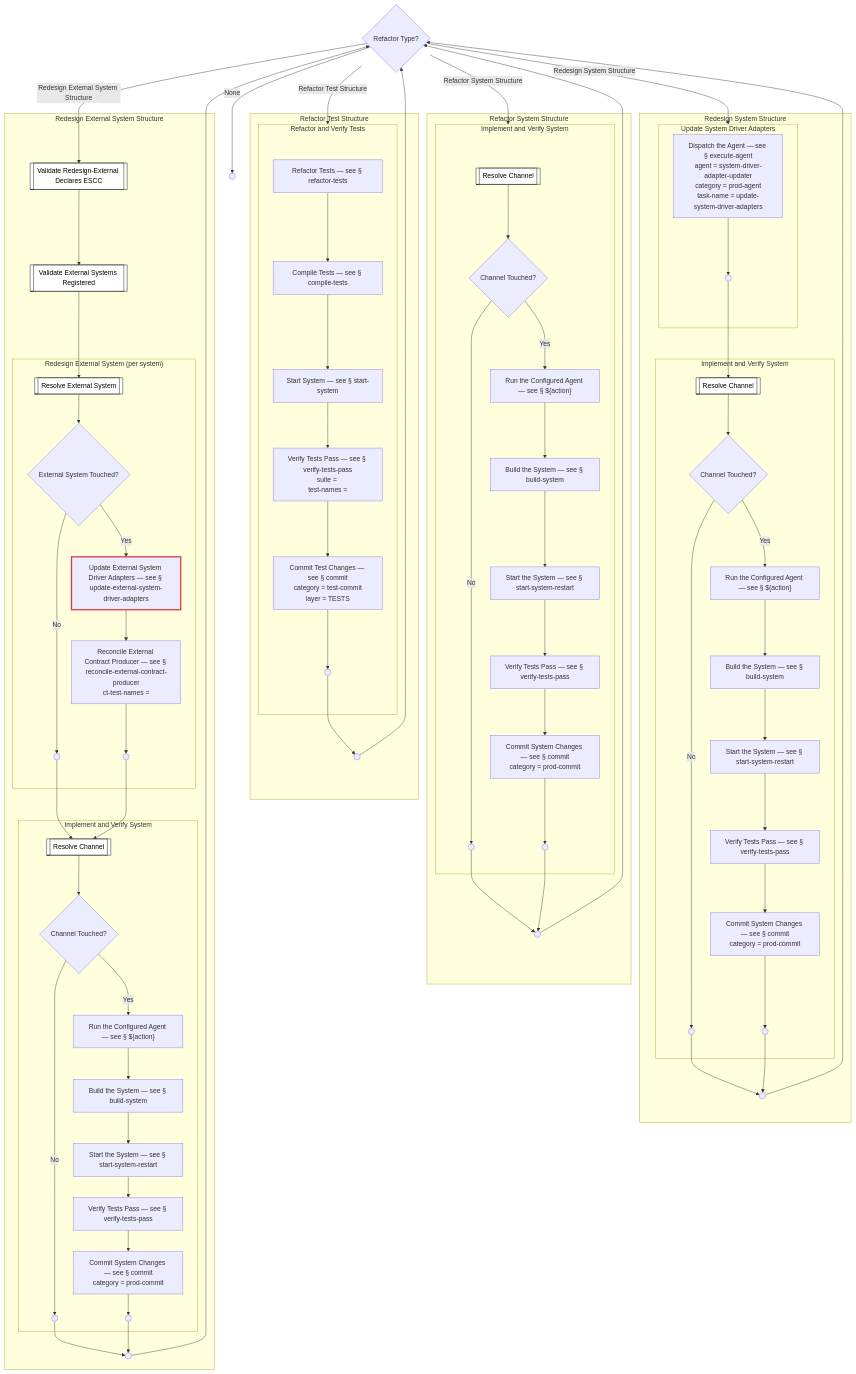
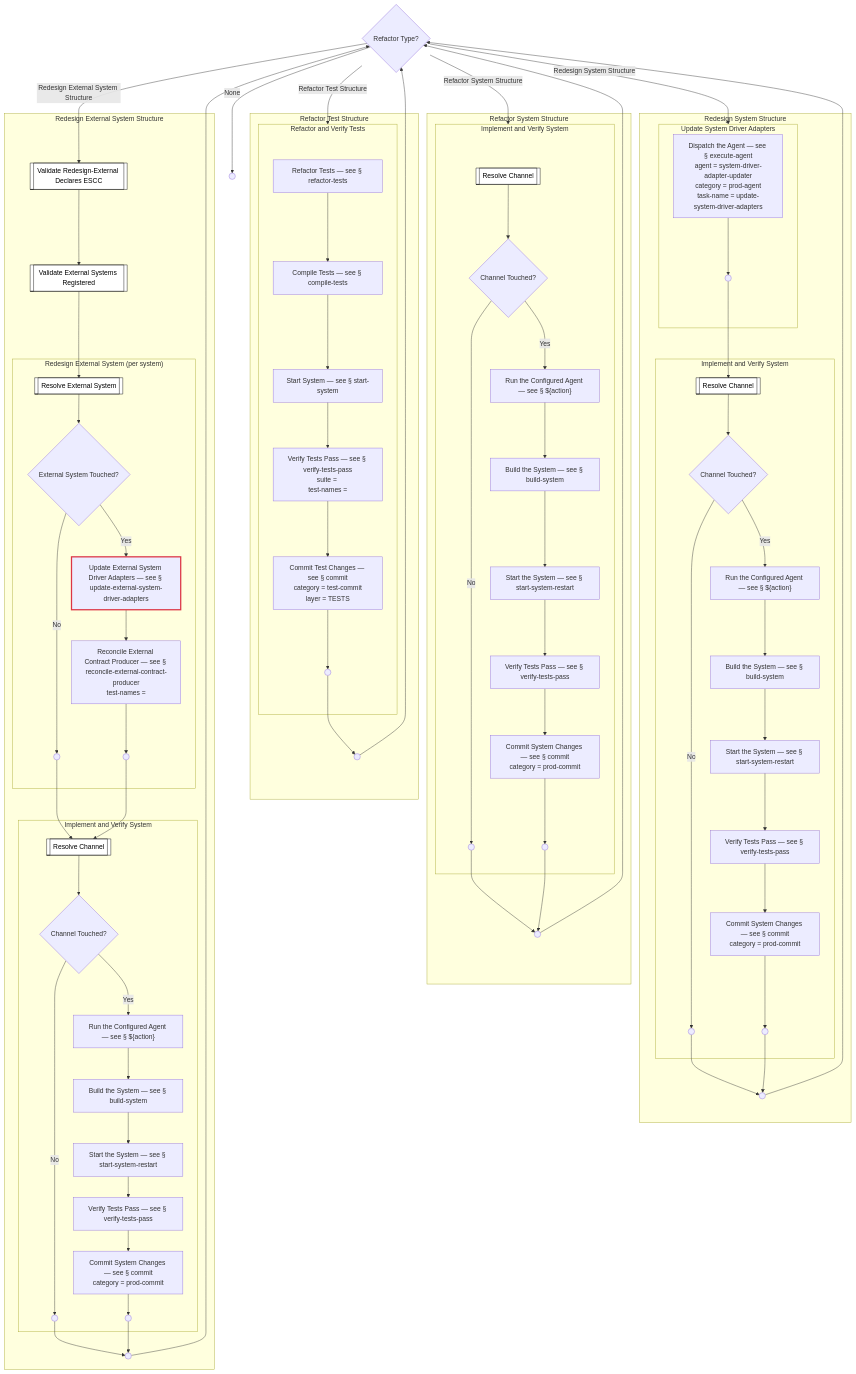
One commit to optivem/gh-optivem changed diagram 11 of 11 in docs/process-diagram-expanded.md. Above: the diagram before and after it, drawn with Mermaid. The commit also changed 2 other files, not shown here.

Commit message:
atdd: regenerate process-flow diagram

```diff
--- a/docs/process-diagram-expanded.md
+++ b/docs/process-diagram-expanded.md
@@ -808,7 +808,7 @@
     REDESIGN_EXTERNAL_SYSTEM_STRUCTURE__REDESIGN_EXTERNAL_SYSTEM__GATE_EXTERNAL_SYSTEM_TOUCHED{External System Touched?}
     REDESIGN_EXTERNAL_SYSTEM_STRUCTURE__REDESIGN_EXTERNAL_SYSTEM__UPDATE_EXTERNAL_SYSTEM_DRIVER_ADAPTERS[Update External System Driver Adapters — see § update-external-system-driver-adapters]
     REDESIGN_EXTERNAL_SYSTEM_STRUCTURE__REDESIGN_EXTERNAL_SYSTEM__EXTERNAL_SYSTEM_SKIPPED(( ))
-    REDESIGN_EXTERNAL_SYSTEM_STRUCTURE__REDESIGN_EXTERNAL_SYSTEM__RECONCILE_EXTERNAL_CONTRACT_PRODUCER["Reconcile External Contract Producer — see § reconcile-external-contract-producer<br/>ct-test-names = "]
+    REDESIGN_EXTERNAL_SYSTEM_STRUCTURE__REDESIGN_EXTERNAL_SYSTEM__RECONCILE_EXTERNAL_CONTRACT_PRODUCER["Reconcile External Contract Producer — see § reconcile-external-contract-producer<br/>test-names = "]
     REDESIGN_EXTERNAL_SYSTEM_STRUCTURE__REDESIGN_EXTERNAL_SYSTEM__REDESIGN_EXTERNAL_PER_SYSTEM_END(( ))
     end
     subgraph REDESIGN_EXTERNAL_SYSTEM_STRUCTURE__IMPLEMENT_AND_VERIFY_SYSTEM[Implement and Verify System]
```
